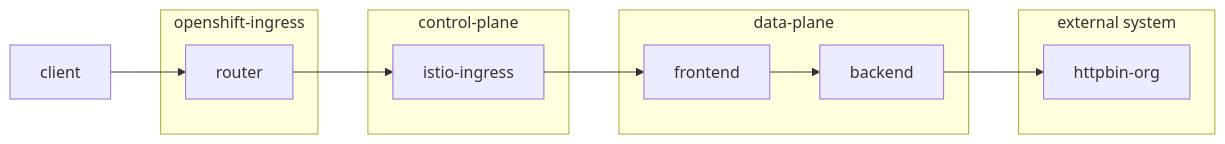
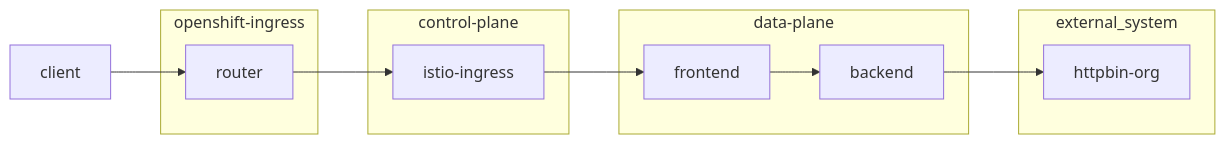
Before and after one commit to rhthsa/openshift-demo: the second of 2 diagrams in openshift-service-mesh.md, drawn with Mermaid.

Commit message:
test mermaid 21

````diff
--- a/openshift-service-mesh.md
+++ b/openshift-service-mesh.md
@@ -32,19 +32,19 @@
 ```mermaid
 graph LR;
     client-->router;
-    subgraph "openshift-ingress";
-        router;
+    subgraph openshift-ingress;
+    router;
     end;
     router-->istio-ingress;
-    subgraph "control-plane";
-        istio-ingress;
+    subgraph control-plane;
+    istio-ingress;
     end;
-    subgraph "data-plane";
-        istio-ingress-->frontend;
-        frontend-->backend;
+    subgraph data-plane;
+    istio-ingress-->frontend;
+    frontend-->backend;
     end;
     backend-->httpbin-org;
-    subgraph "external system";
-        httpbin-org;
+    subgraph external_system;
+    httpbin-org;
     end;
 ```
````
